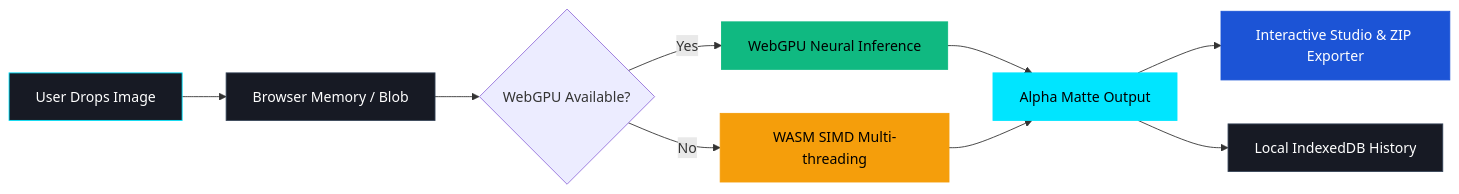
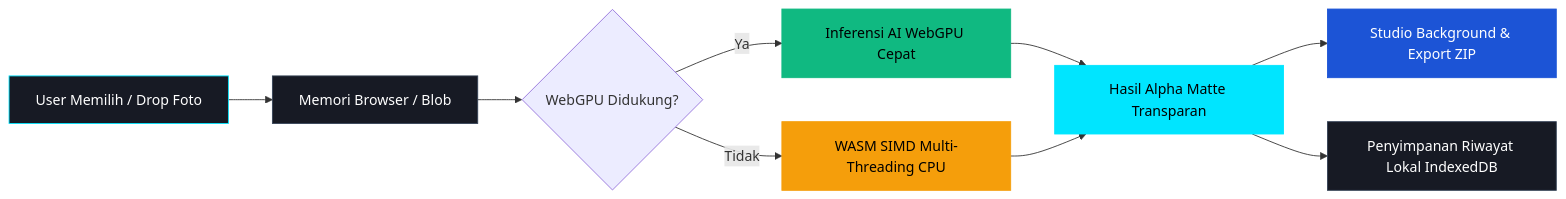
Before and after one commit to zzdree/erase-drop: the diagram in README.md, drawn with Mermaid. The commit also changed other lines of this file, not shown here.

````diff
--- a/README.md
+++ b/README.md
@@ -80,19 +81,19 @@
 ```mermaid
 graph LR
-    A[User Drops Image] --> B[Browser Memory / Blob]
-    B --> C{WebGPU Available?}
-    C -- Yes --> D[WebGPU Neural Inference]
-    C -- No --> E[WASM SIMD Multi-threading]
-    D --> F[Alpha Matte Output]
+    A[User Memilih / Drop Foto] --> B[Memori Browser / Blob]
+    B --> C{WebGPU Didukung?}
+    C -- Ya --> D[Inferensi AI WebGPU Cepat]
+    C -- Tidak --> E[WASM SIMD Multi-Threading CPU]
+    D --> F[Hasil Alpha Matte Transparan]
     E --> F
-    F --> G[Interactive Studio & ZIP Exporter]
-    F --> H[Local IndexedDB History]
+    F --> G[Studio Background & Export ZIP]
+    F --> H[Penyimpanan Riwayat Lokal IndexedDB]
     
     style A fill:#171A24,stroke:#00E5FF,color:#fff
     style B fill:#171A24,stroke:#334155,color:#fff
     style D fill:#10B981,stroke:#10B981,color:#000
     style E fill:#F59E0B,stroke:#F59E0B,color:#000
     style F fill:#00E5FF,stroke:#00E5FF,color:#000
     style G fill:#1C54D6,stroke:#1C54D6,color:#fff
     style H fill:#171A24,stroke:#334155,color:#fff
 ```
````
